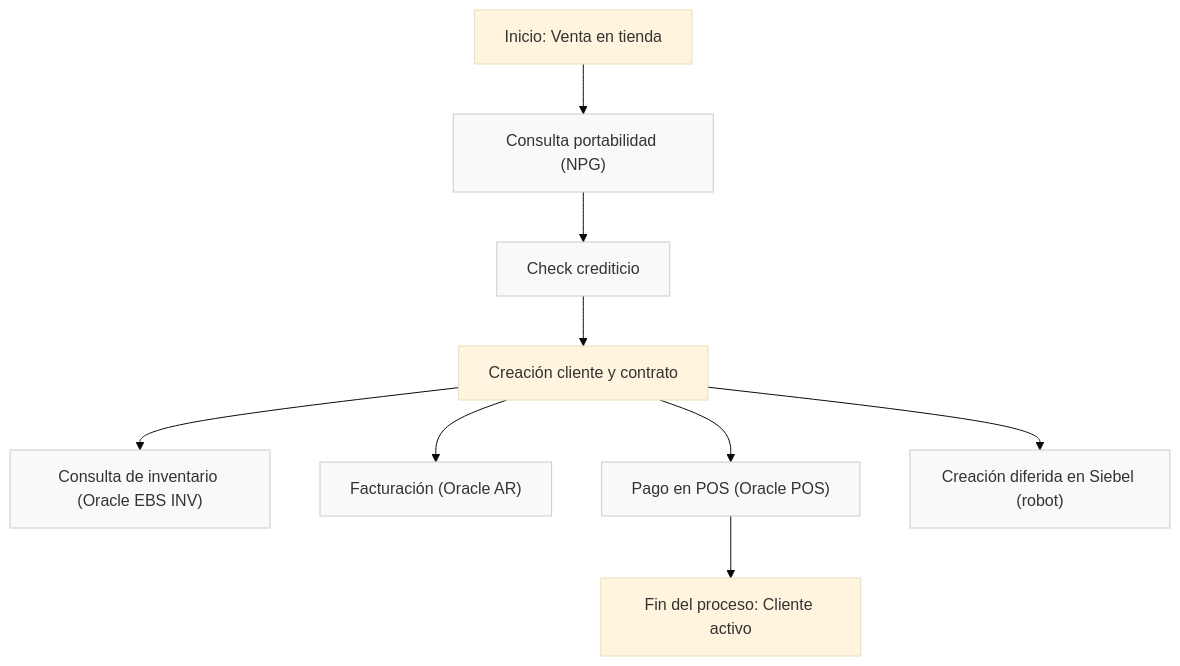
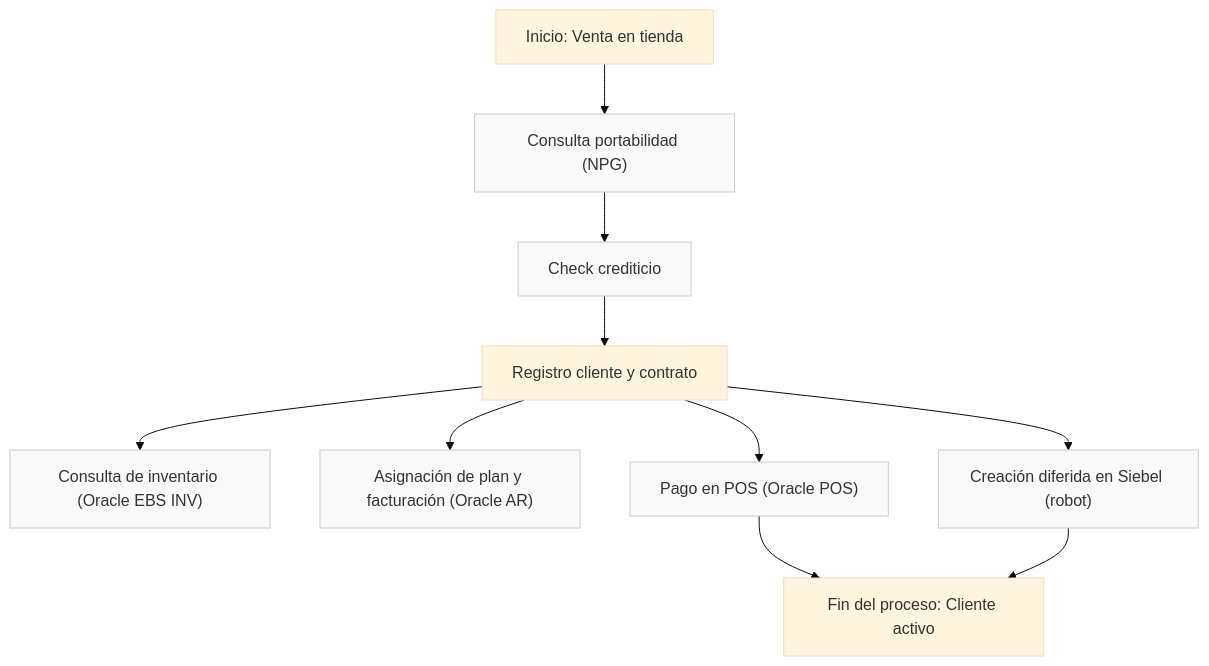
The diagram in diagrams/flujo-funcional.mmd (SalomonOctavio/Frontend-ventas), drawn with Mermaid (base theme) before and after one commit.

Commit message:
corrige 2 diagrama

```diff
--- a/diagrams/flujo-funcional.mmd
+++ b/diagrams/flujo-funcional.mmd
@@ -1,12 +1,13 @@
 flowchart TD
 INI["Inicio: Venta en tienda"] --> PORT["Consulta portabilidad (NPG)"]
 PORT --> CRED["Check crediticio"]
-CRED --> FORM["Creación cliente y contrato"]
+CRED --> FORM["Registro cliente y contrato"]
 FORM --> INV["Consulta de inventario (Oracle EBS INV)"]
-FORM --> FACT["Facturación (Oracle AR)"]
+FORM --> FACT["Asignación de plan y facturación (Oracle AR)"]
 FORM --> POS["Pago en POS (Oracle POS)"]
 FORM --> ROBOT["Creación diferida en Siebel (robot)"]
 POS --> FIN["Fin del proceso: Cliente activo"]
+ROBOT --> FIN
 
 classDef sistemas fill:#f9f9f9,stroke:#ccc,color:#333;
 class PORT,CRED,INV,FACT,POS,ROBOT sistemas;
```
